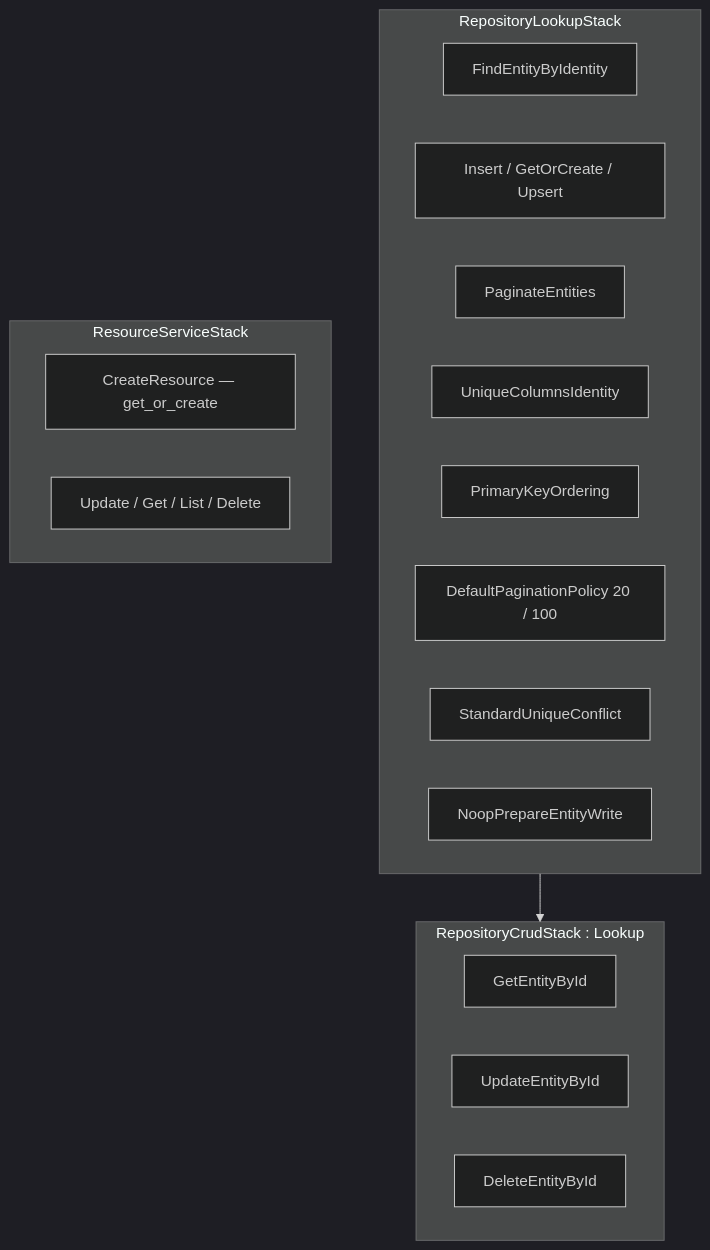
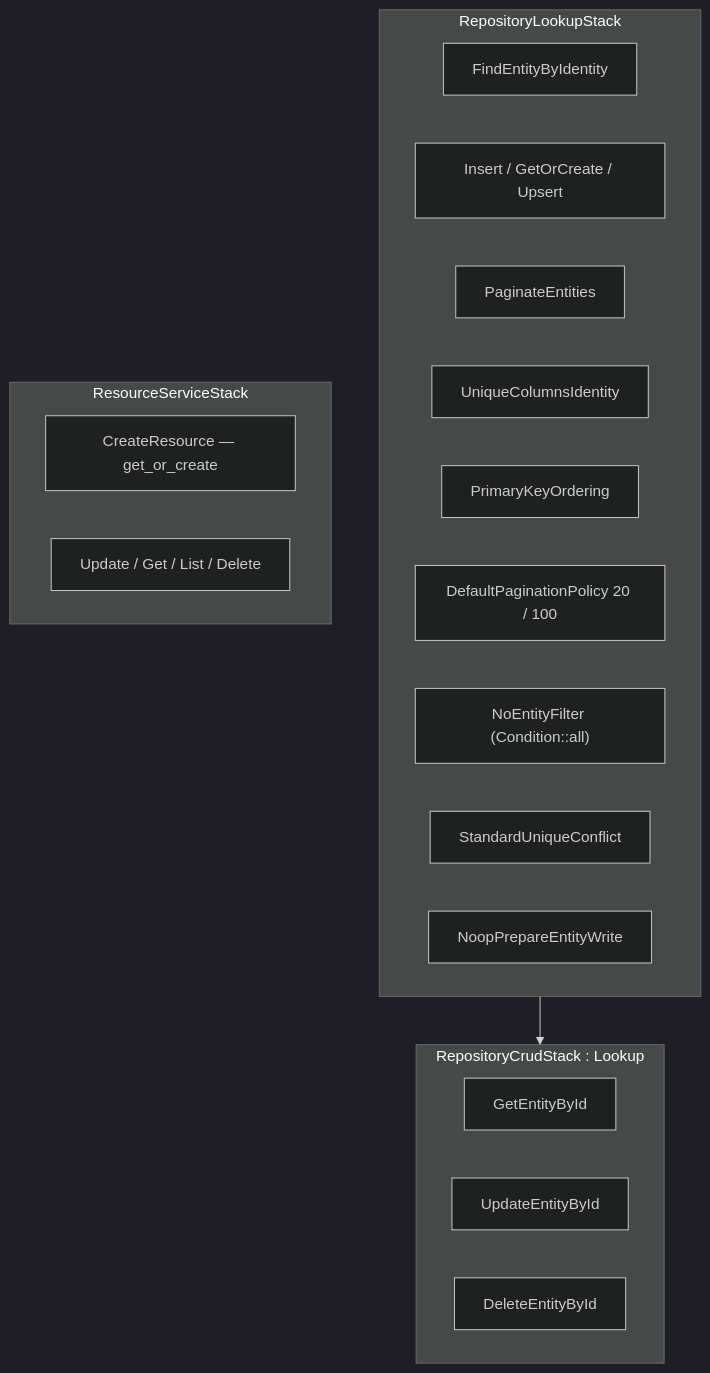
One commit to Just-Replicant/cgp-orm changed the third of 3 diagrams in ARCHITECTURE.md. Above: the diagram before and after it, drawn with Mermaid (dark theme). The commit also changed other lines of this file and 3 other files, not shown here.

````diff
--- a/ARCHITECTURE.md
+++ b/ARCHITECTURE.md
@@ -134,26 +138,27 @@
 ```mermaid
 flowchart TB
     subgraph lookup ["RepositoryLookupStack"]
         l1["FindEntityByIdentity"]
         l2["Insert / GetOrCreate / Upsert"]
         l3["PaginateEntities"]
         l4["UniqueColumnsIdentity"]
         l5["PrimaryKeyOrdering"]
         l6["DefaultPaginationPolicy 20 / 100"]
+        l6b["NoEntityFilter (Condition::all)"]
         l7["StandardUniqueConflict"]
         l8["NoopPrepareEntityWrite"]
     end
 
     subgraph crud ["RepositoryCrudStack : Lookup"]
         c1["GetEntityById"]
         c2["UpdateEntityById"]
         c3["DeleteEntityById"]
     end
 
     subgraph svc ["ResourceServiceStack"]
         s1["CreateResource — get_or_create"]
         s2["Update / Get / List / Delete"]
     end
 
     lookup --> crud
 ```
````
